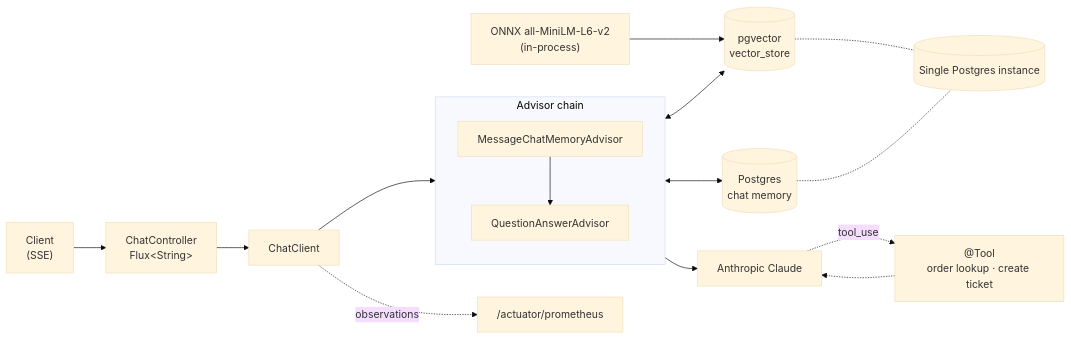
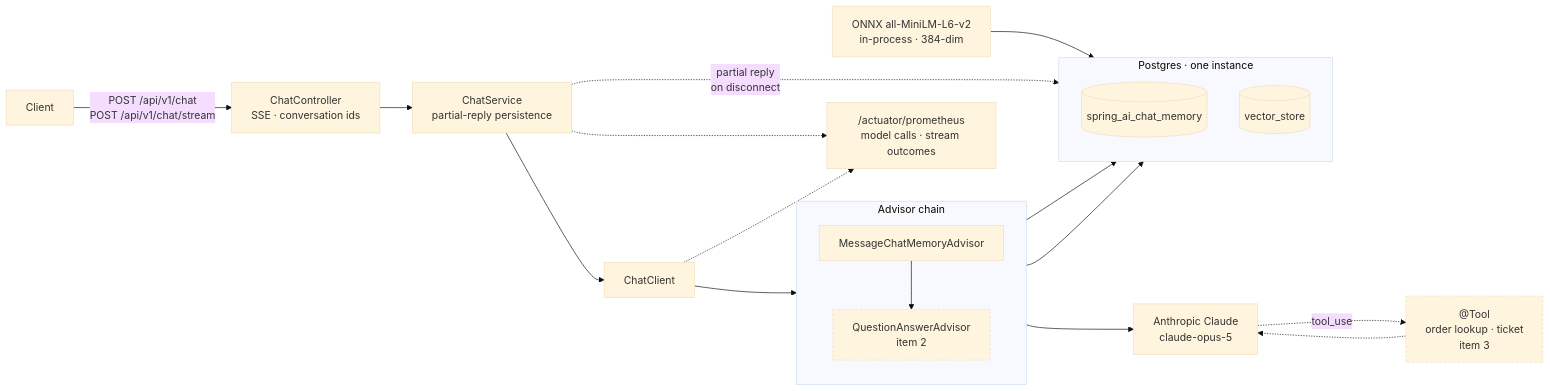
The first of 2 diagrams in README.md (lai3d/ai-customer-service-java), drawn with Mermaid (base theme) before and after one commit. The commit also changed other lines of this file and 9 other files, not shown here.

````diff
--- a/README.md
+++ b/README.md
@@ -17,24 +17,44 @@
 ```mermaid
 flowchart LR
-    Client["Client<br/>(SSE)"] --> Ctl["ChatController<br/>Flux&lt;String&gt;"]
-    Ctl --> CC["ChatClient"]
+    Client["Client"]
+    Ctl["ChatController<br/>SSE · conversation ids"]
+    Svc["ChatService<br/>partial-reply persistence"]
+    CC["ChatClient"]
 
-    subgraph Advisors["Advisor chain"]
+    subgraph Chain["Advisor chain"]
         direction TB
-        Mem["MessageChatMemoryAdvisor"] --> QA["QuestionAnswerAdvisor"]
+        Mem["MessageChatMemoryAdvisor"]
+        QA["QuestionAnswerAdvisor<br/>item 2"]
+        Mem --> QA
     end
 
-    CC --> Advisors
-    Advisors --> Claude["Anthropic Claude"]
-    Claude -.->|tool_use| Tools["@Tool<br/>order lookup · create ticket"]
+    Claude["Anthropic Claude<br/>claude-opus-5"]
+    Tools["@Tool<br/>order lookup · ticket<br/>item 3"]
+
+    subgraph PG["Postgres · one instance"]
+        direction TB
+        CM[("spring_ai_chat_memory")]
+        VS[("vector_store")]
+    end
+
+    Embed["ONNX all-MiniLM-L6-v2<br/>in-process · 384-dim"]
+    Prom["/actuator/prometheus<br/>model calls · stream outcomes"]
+
+    Client -->|"POST /api/v1/chat<br/>POST /api/v1/chat/stream"| Ctl
+    Ctl --> Svc
+    Svc --> CC
+    CC --> Chain
+    Chain --> Claude
+    Claude -.->|"tool_use"| Tools
     Tools -.-> Claude
 
-    QA <--> VS[("pgvector<br/>vector_store")]
-    Mem <--> CM[("Postgres<br/>chat memory")]
-    Embed["ONNX all-MiniLM-L6-v2<br/>(in-process)"] --> VS
+    Mem --> CM
+    QA --> VS
+    Embed --> VS
+    Svc -.->|"partial reply<br/>on disconnect"| CM
+    Svc -.-> Prom
+    CC -.-> Prom
 
-    CC -.->|observations| Prom["/actuator/prometheus"]
-
-    VS -.- PG[("Single Postgres instance")]
-    CM -.- PG
+    classDef pending stroke-dasharray: 4 3;
+    class QA,Tools pending;
 ```
````
